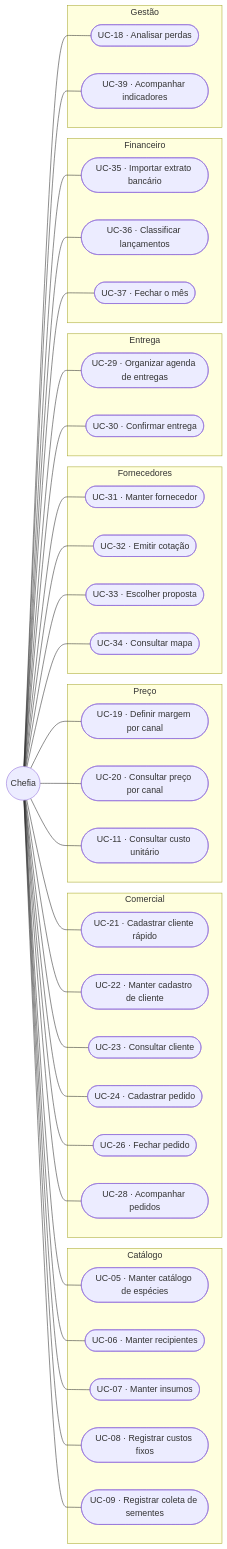
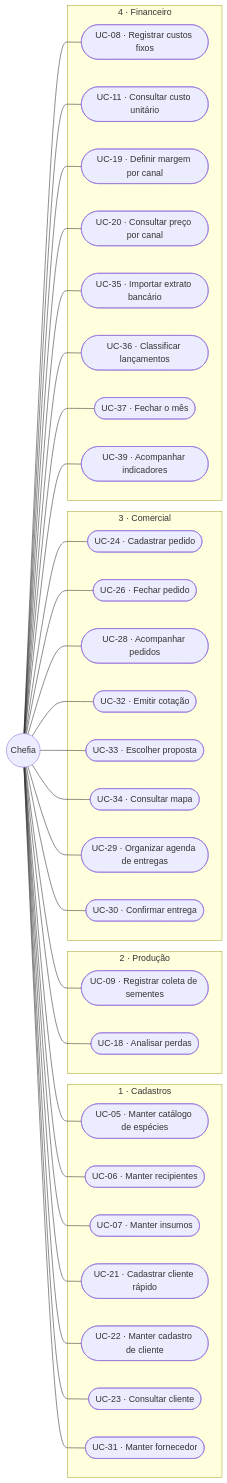
Before and after one commit to JoaoMudar/mudar: the second of 5 diagrams in docs/engenharia/C-modelagem/C1-diagrama-casos-de-uso.md, drawn with Mermaid. The commit also changed other lines of this file and 83 other files, not shown here.

````diff
--- a/docs/engenharia/C-modelagem/C1-diagrama-casos-de-uso.md
+++ b/docs/engenharia/C-modelagem/C1-diagrama-casos-de-uso.md
@@ -112,76 +118,67 @@
 ```mermaid
 graph LR
   CH(("Chefia"))
 
-  subgraph Catálogo
+  subgraph M1["1 · Cadastros"]
     UC05(["UC-05 · Manter catálogo de espécies"])
     UC06(["UC-06 · Manter recipientes"])
     UC07(["UC-07 · Manter insumos"])
-    UC08(["UC-08 · Registrar custos fixos"])
-    UC09(["UC-09 · Registrar coleta de sementes"])
-  end
-
-  subgraph Comercial
     UC21(["UC-21 · Cadastrar cliente rápido"])
     UC22(["UC-22 · Manter cadastro de cliente"])
     UC23(["UC-23 · Consultar cliente"])
+    UC31(["UC-31 · Manter fornecedor"])
+  end
+
+  subgraph M2["2 · Produção"]
+    UC09(["UC-09 · Registrar coleta de sementes"])
+    UC18(["UC-18 · Analisar perdas"])
+  end
+
+  subgraph M3["3 · Comercial"]
     UC24(["UC-24 · Cadastrar pedido"])
     UC26(["UC-26 · Fechar pedido"])
     UC28(["UC-28 · Acompanhar pedidos"])
-  end
-
-  subgraph Preço
-    UC19(["UC-19 · Definir margem por canal"])
-    UC20(["UC-20 · Consultar preço por canal"])
-    UC11(["UC-11 · Consultar custo unitário"])
-  end
-
-  subgraph Fornecedores
-    UC31(["UC-31 · Manter fornecedor"])
     UC32(["UC-32 · Emitir cotação"])
     UC33(["UC-33 · Escolher proposta"])
     UC34(["UC-34 · Consultar mapa"])
-  end
-
-  subgraph Entrega
     UC29(["UC-29 · Organizar agenda de entregas"])
     UC30(["UC-30 · Confirmar entrega"])
   end
 
-  subgraph Financeiro
+  subgraph M4["4 · Financeiro"]
+    UC08(["UC-08 · Registrar custos fixos"])
+    UC11(["UC-11 · Consultar custo unitário"])
+    UC19(["UC-19 · Definir margem por canal"])
+    UC20(["UC-20 · Consultar preço por canal"])
     UC35(["UC-35 · Importar extrato bancário"])
     UC36(["UC-36 · Classificar lançamentos"])
     UC37(["UC-37 · Fechar o mês"])
-  end
-
-  subgraph Gestão
-    UC18(["UC-18 · Analisar perdas"])
     UC39(["UC-39 · Acompanhar indicadores"])
   end
 
   CH --- UC05
   CH --- UC06
   CH --- UC07
   CH --- UC08
   CH --- UC09
   CH --- UC21
   CH --- UC22
   CH --- UC23
   CH --- UC24
   CH --- UC26
   CH --- UC28
   CH --- UC19
   CH --- UC20
   CH --- UC11
   CH --- UC31
   CH --- UC32
   CH --- UC33
   CH --- UC34
   CH --- UC29
   CH --- UC30
   CH --- UC35
   CH --- UC36
   CH --- UC37
   CH --- UC18
   CH --- UC39
 ```
````
